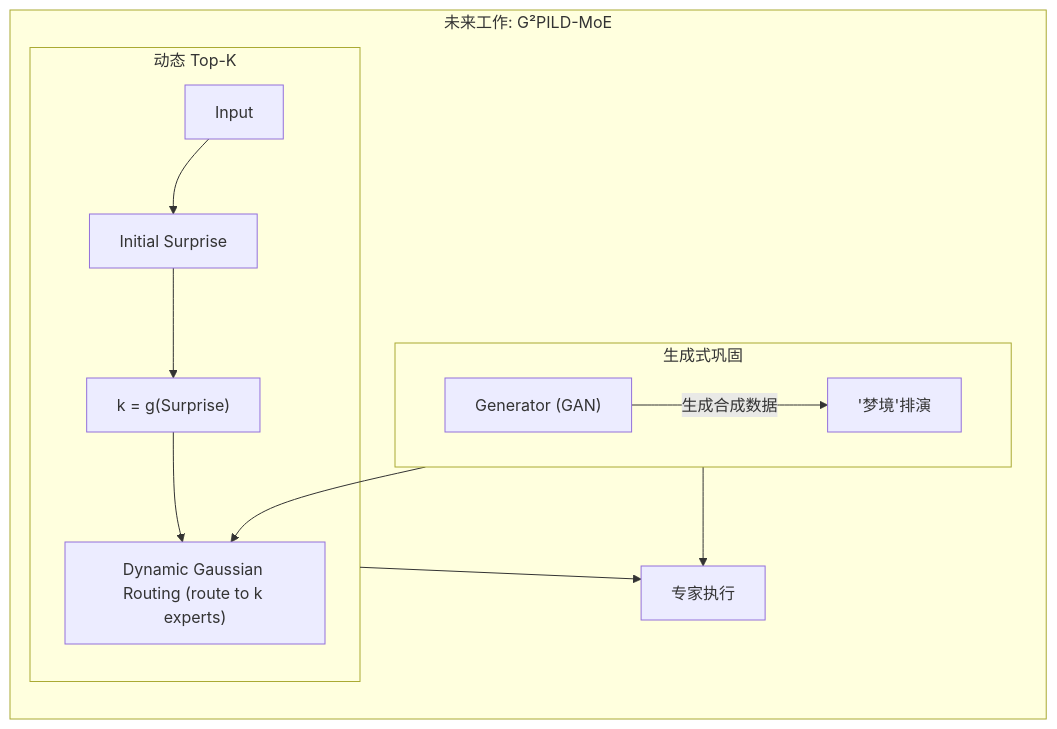
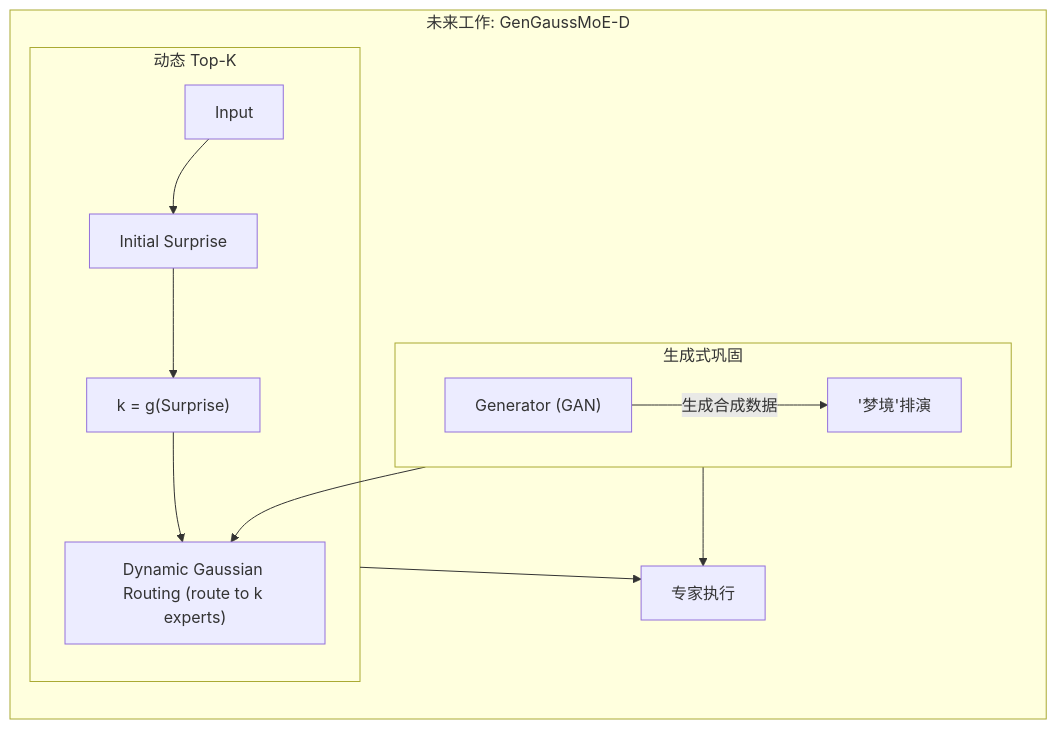
The fourth of 4 diagrams in readme_zh.md (anmoa/PILF), drawn with Mermaid before and after one commit. The commit also changed other lines of this file and 90 other files, not shown here.

````diff
--- a/readme_zh.md
+++ b/readme_zh.md
@@ -145,21 +145,21 @@
 ```mermaid
 graph LR
-    subgraph FutureWork [未来工作: G²PILD-MoE]
+    subgraph FutureWork [未来工作: GenGaussMoE-D]
         direction TB
 
         subgraph DynamicK [动态 Top-K]
             Input --> Surprise["Initial Surprise"]
             Surprise --> k_Value["k = g(Surprise)"]
             k_Value --> DynamicGating["Dynamic Gaussian Routing (route to k experts)"]
         end
 
         subgraph GenerativeConsolidation [生成式巩固]
             direction LR
             GenerativeModel["Generator (GAN)"] -- "生成合成数据" --> RehearsalBuffer["'梦境'排演"]
             RehearsalBuffer --> DynamicGating
         end
 
         DynamicK --> ExpertExecution2["专家执行"]
         GenerativeConsolidation --> ExpertExecution2
     end
 ```
````
